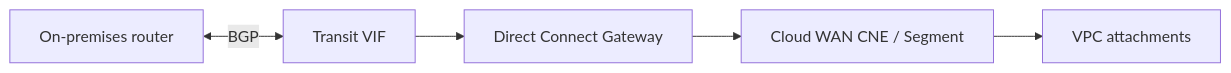
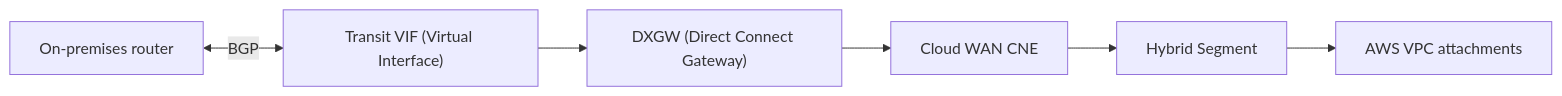
Before and after one commit to ccaiccie/knowledge: the fifth of 9 diagrams in 09-05-26-09-57_AWS_Cloud_WAN_Comprehensive_Study_Guide.md, drawn with Mermaid. The commit also changed other lines of this file, not shown here.

Commit message:
Clarify AWS Cloud WAN acronyms and terminology

````diff
--- a/09-05-26-09-57_AWS_Cloud_WAN_Comprehensive_Study_Guide.md
+++ b/09-05-26-09-57_AWS_Cloud_WAN_Comprehensive_Study_Guide.md
@@ -544,7 +573,8 @@
 ```mermaid
 flowchart LR
-    DC["On-premises router"] <-- BGP --> VIF["Transit VIF"]
-    VIF --> DXGW["Direct Connect Gateway"]
-    DXGW --> CW["Cloud WAN CNE / Segment"]
-    CW --> VPC["VPC attachments"]
+    DC["On-premises router"] <-- BGP --> VIF["Transit VIF (Virtual Interface)"]
+    VIF --> DXGW["DXGW (Direct Connect Gateway)"]
+    DXGW --> CNE["Cloud WAN CNE"]
+    CNE --> SEG["Hybrid Segment"]
+    SEG --> VPC["AWS VPC attachments"]
 ```
````
